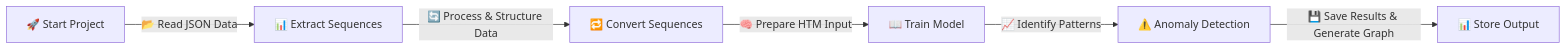
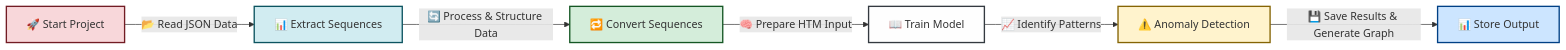
One commit to mahbubur-r/neocortexapi changed the diagram in source/MySEProject/README.md. Above: the diagram before and after it, drawn with Mermaid. The commit also changed other lines of this file and 4 other files, not shown here.

````diff
--- a/source/MySEProject/README.md
+++ b/source/MySEProject/README.md
@@ -58,9 +58,16 @@
 ```mermaid
-
 graph LR;
     Start["🚀 Start Project"] --> |📂 Read JSON Data| ExtractSequences["📊 Extract Sequences"];
     ExtractSequences --> |🔄 Process & Structure Data| ConvertSequences["🔁 Convert Sequences"];
     ConvertSequences --> |🧠 Prepare HTM Input| TrainModel["📖 Train Model"];
+
     TrainModel --> |📈 Identify Patterns| AnomalyDetection["⚠️ Anomaly Detection"];
     AnomalyDetection --> |💾 Save Results & Generate Graph| StoreOutput["📊 Store Output"];
+
+    style Start fill:#f8d7da,stroke:#721c24,stroke-width:2px;
+    style ExtractSequences fill:#d1ecf1,stroke:#0c5460,stroke-width:2px;
+    style ConvertSequences fill:#d4edda,stroke:#155724,stroke-width:2px;
+    style TrainModel fill:#fefefe,stroke:#343a40,stroke-width:2px;
+    style AnomalyDetection fill:#fff3cd,stroke:#856404,stroke-width:2px;
+    style StoreOutput fill:#cce5ff,stroke:#004085,stroke-width:2px;
 ```
````
